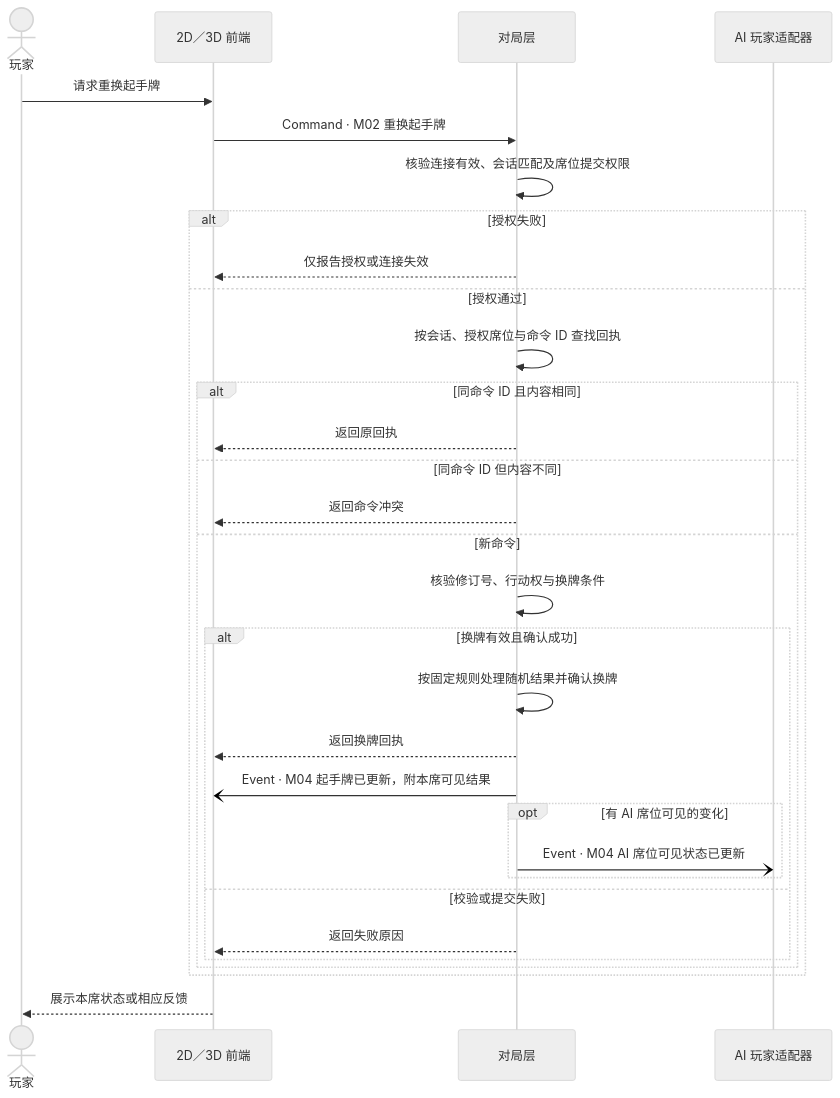
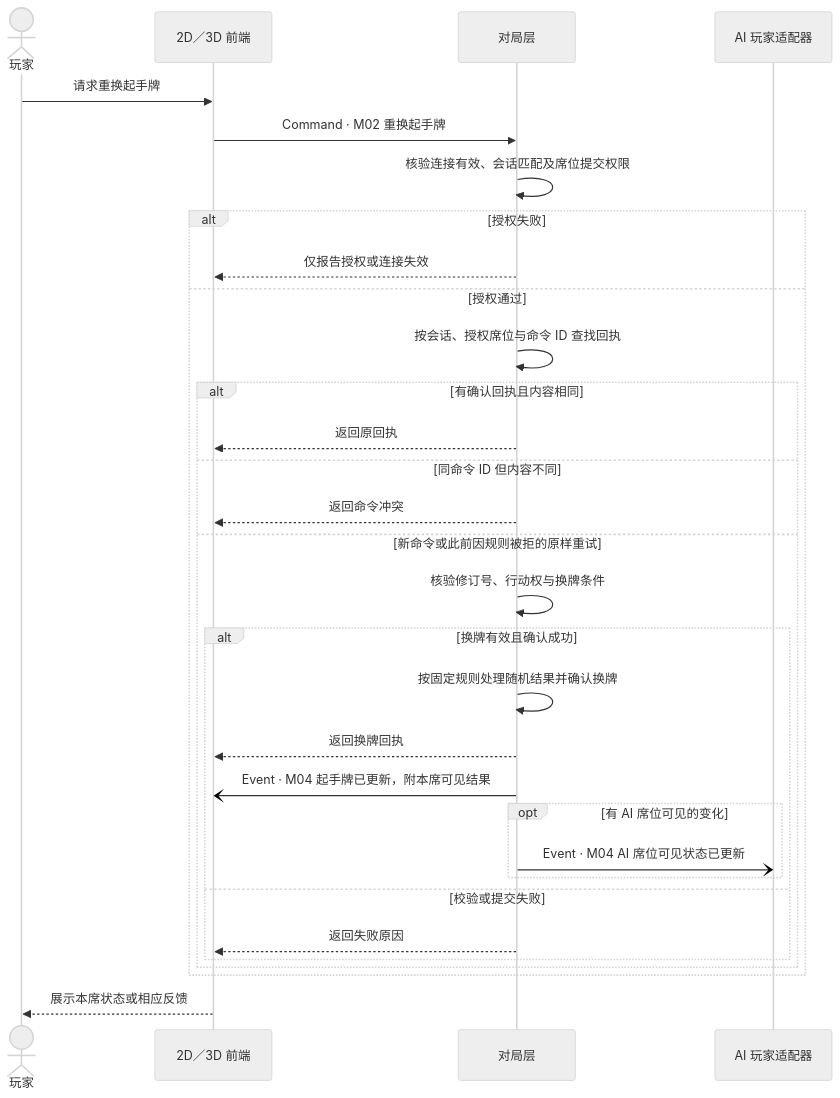
One commit to jigejiqiangshou/Critical-Provisional changed the second of 10 diagrams in specs/001-offline-game-refactor/contracts/scenario-sequences.md. Above: the diagram before and after it, drawn with Mermaid (neutral theme). The commit also changed other lines of this file and 7 other files, not shown here.

````diff
--- a/specs/001-offline-game-refactor/contracts/scenario-sequences.md
+++ b/specs/001-offline-game-refactor/contracts/scenario-sequences.md
@@ -65,34 +65,34 @@
 ```mermaid
 sequenceDiagram
     actor P as 玩家
     participant F as 2D／3D 前端
     participant G as 对局层
     participant A as AI 玩家适配器
 
     P->>F: 请求重换起手牌
     F->>G: Command · M02 重换起手牌
     G->>G: 核验连接有效、会话匹配及席位提交权限
     alt 授权失败
         G-->>F: 仅报告授权或连接失效
     else 授权通过
         G->>G: 按会话、授权席位与命令 ID 查找回执
-        alt 同命令 ID 且内容相同
+        alt 有确认回执且内容相同
             G-->>F: 返回原回执
         else 同命令 ID 但内容不同
             G-->>F: 返回命令冲突
-        else 新命令
+        else 新命令或此前因规则被拒的原样重试
             G->>G: 核验修订号、行动权与换牌条件
             alt 换牌有效且确认成功
                 G->>G: 按固定规则处理随机结果并确认换牌
                 G-->>F: 返回换牌回执
                 G-)F: Event · M04 起手牌已更新，附本席可见结果
                 opt 有 AI 席位可见的变化
                     G-)A: Event · M04 AI 席位可见状态已更新
                 end
             else 校验或提交失败
                 G-->>F: 返回失败原因
             end
         end
     end
     F-->>P: 展示本席状态或相应反馈
 ```
````
